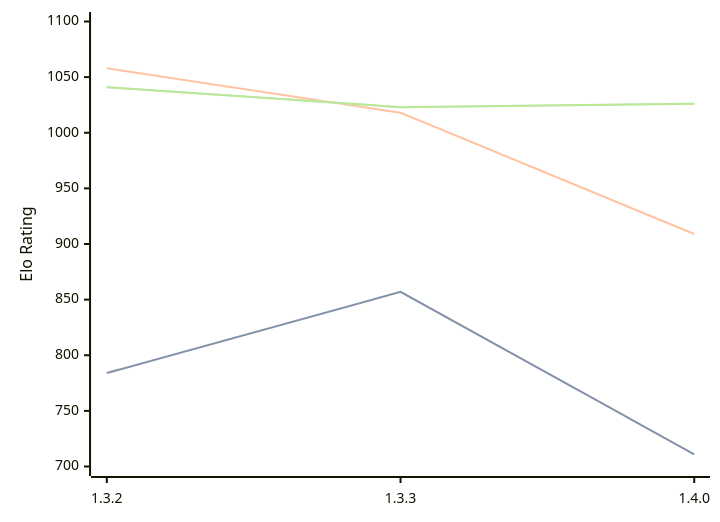
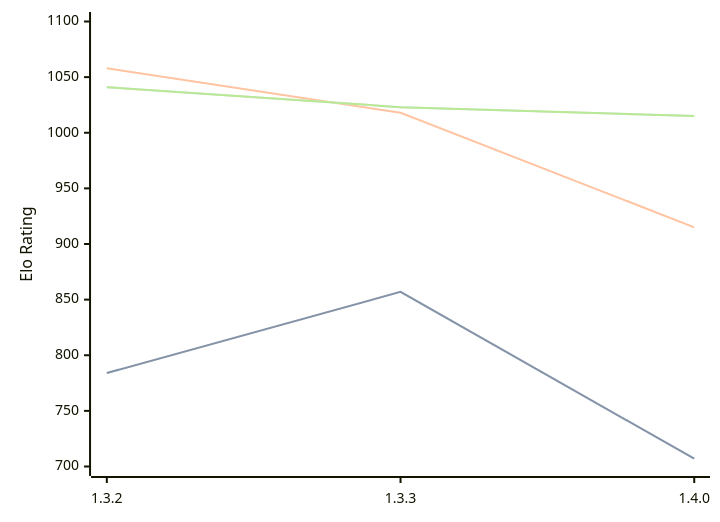
One commit to computer-chess-index/cci changed the diagram in engines/Whitespine.md. Above: the diagram before and after it, drawn with Mermaid. The commit also changed other lines of this file, not shown here.

Commit message:
Update CCI Ratings (ELO VLTC) - 2026-08-19

````diff
--- a/engines/Whitespine.md
+++ b/engines/Whitespine.md
@@ -33,11 +33,11 @@
 ```mermaid
 %%{init: {"theme":"base","themeVariables":{"seriesColors:['#a3a3a3','#222221','#faa371']}}}%%
 xychart-beta
   x-axis ["1.3.2", "1.3.3", "1.4.0"]
   y-axis "Elo Rating" 700 --> 1100
-  line "STC (8.0+0.08s)" [784, 857, 711]
-  line "STC (8.0+0.08s)" [784, 857, 711]
-  line "LTC (60.0+0.60s)" [1058, 1018, 909]
-  line "VLTC (2m24s+1.12s)" [1041, 1023, 1026]
-  line "VLTC (2m24s+1.12s)" [1041, 1023, 1026]
+  line "STC (8.0+0.08s)" [784, 857, 707]
+  line "STC (8.0+0.08s)" [784, 857, 707]
+  line "LTC (60.0+0.60s)" [1058, 1018, 915]
+  line "VLTC (2m24s+1.12s)" [1041, 1023, 1015]
+  line "VLTC (2m24s+1.12s)" [1041, 1023, 1015]
 ```
````
